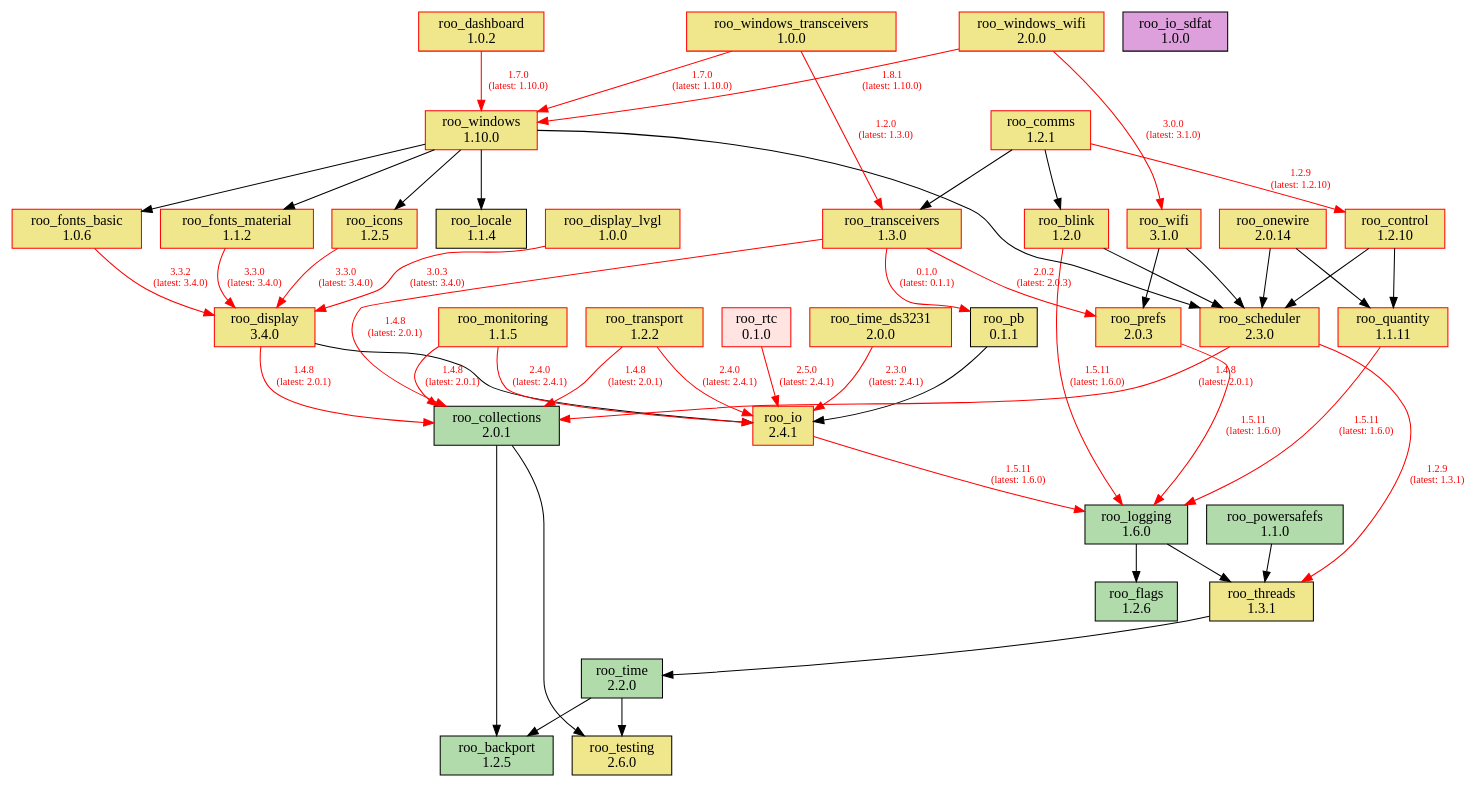
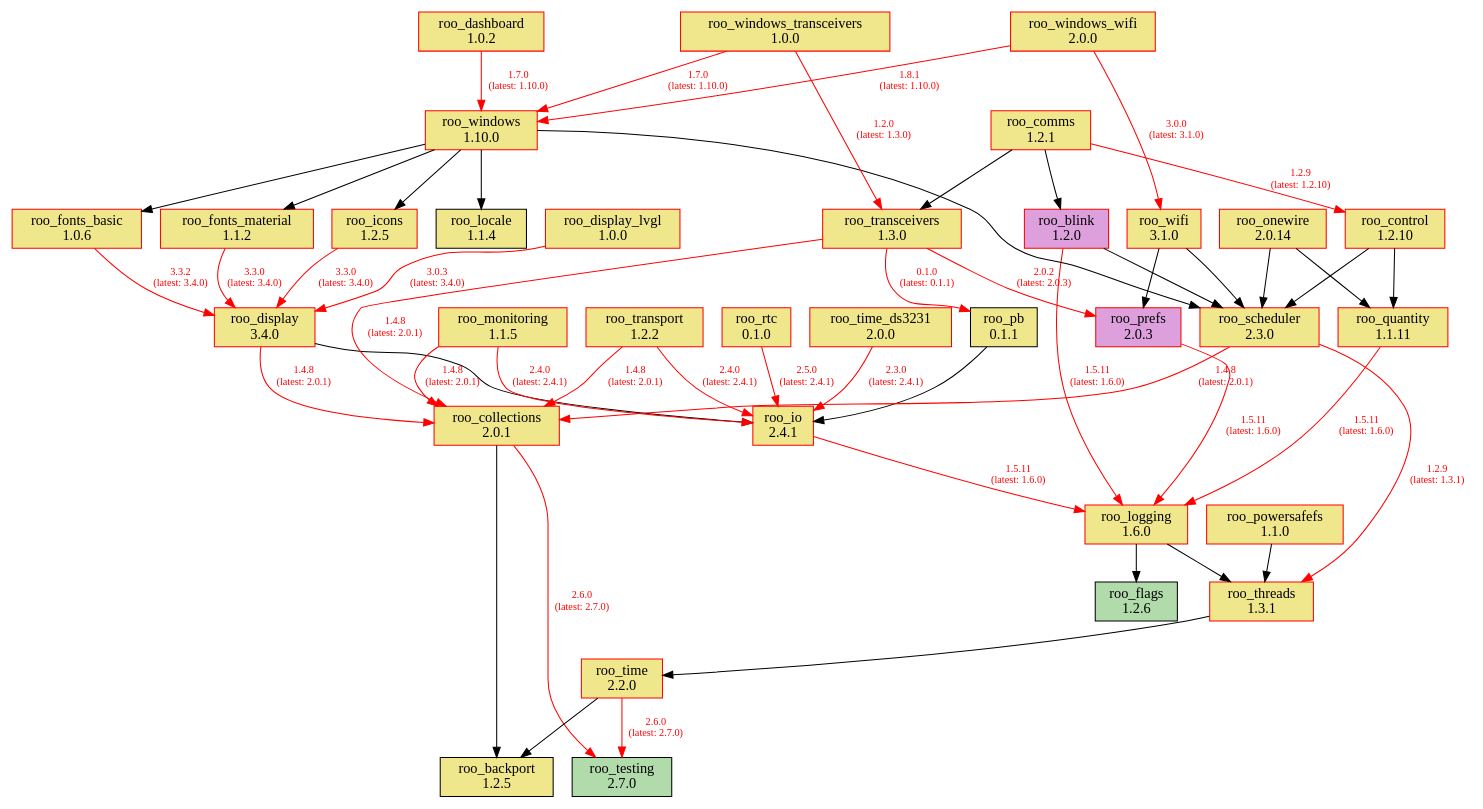
Before and after one commit to dejwk/roo-registry: the diagram in doc/dependencies.dot, drawn with Graphviz. The commit also changed 3 other files, not shown here.

Commit message:
Added roo_testing 2.7.0 to the registry.

```diff
--- a/doc/dependencies.dot
+++ b/doc/dependencies.dot
@@ -1,93 +1,92 @@
 digraph dependencies {
     rankdir=TB;
     node [shape=box, style=filled];
     edge [fontsize=10];
 
     // Modules
-    "roo_backport" [label="roo_backport\n1.2.5", fillcolor="#b1dbab", color="black"];
-    "roo_blink" [label="roo_blink\n1.2.0", fillcolor="khaki", color="red"];
-    "roo_collections" [label="roo_collections\n2.0.1", fillcolor="#b1dbab", color="black"];
+    "roo_backport" [label="roo_backport\n1.2.5", fillcolor="khaki", color="black"];
+    "roo_blink" [label="roo_blink\n1.2.0", fillcolor="plum", color="red"];
+    "roo_collections" [label="roo_collections\n2.0.1", fillcolor="khaki", color="red"];
     "roo_comms" [label="roo_comms\n1.2.1", fillcolor="khaki", color="red"];
     "roo_control" [label="roo_control\n1.2.10", fillcolor="khaki", color="red"];
     "roo_dashboard" [label="roo_dashboard\n1.0.2", fillcolor="khaki", color="red"];
     "roo_display" [label="roo_display\n3.4.0", fillcolor="khaki", color="red"];
     "roo_display_lvgl" [label="roo_display_lvgl\n1.0.0", fillcolor="khaki", color="red"];
     "roo_flags" [label="roo_flags\n1.2.6", fillcolor="#b1dbab", color="black"];
     "roo_fonts_basic" [label="roo_fonts_basic\n1.0.6", fillcolor="khaki", color="red"];
     "roo_fonts_material" [label="roo_fonts_material\n1.1.2", fillcolor="khaki", color="red"];
     "roo_icons" [label="roo_icons\n1.2.5", fillcolor="khaki", color="red"];
     "roo_io" [label="roo_io\n2.4.1", fillcolor="khaki", color="red"];
-    "roo_io_sdfat" [label="roo_io_sdfat\n1.0.0", fillcolor="plum", color="black"];
     "roo_locale" [label="roo_locale\n1.1.4", fillcolor="khaki", color="black"];
-    "roo_logging" [label="roo_logging\n1.6.0", fillcolor="#b1dbab", color="black"];
+    "roo_logging" [label="roo_logging\n1.6.0", fillcolor="khaki", color="red"];
     "roo_monitoring" [label="roo_monitoring\n1.1.5", fillcolor="khaki", color="red"];
     "roo_onewire" [label="roo_onewire\n2.0.14", fillcolor="khaki", color="red"];
     "roo_pb" [label="roo_pb\n0.1.1", fillcolor="khaki", color="black"];
-    "roo_powersafefs" [label="roo_powersafefs\n1.1.0", fillcolor="#b1dbab", color="black"];
-    "roo_prefs" [label="roo_prefs\n2.0.3", fillcolor="khaki", color="red"];
+    "roo_powersafefs" [label="roo_powersafefs\n1.1.0", fillcolor="khaki", color="red"];
+    "roo_prefs" [label="roo_prefs\n2.0.3", fillcolor="plum", color="red"];
     "roo_quantity" [label="roo_quantity\n1.1.11", fillcolor="khaki", color="red"];
-    "roo_rtc" [label="roo_rtc\n0.1.0", fillcolor="mistyrose", color="red"];
+    "roo_rtc" [label="roo_rtc\n0.1.0", fillcolor="khaki", color="red"];
     "roo_scheduler" [label="roo_scheduler\n2.3.0", fillcolor="khaki", color="red"];
-    "roo_testing" [label="roo_testing\n2.6.0", fillcolor="khaki", color="black"];
-    "roo_threads" [label="roo_threads\n1.3.1", fillcolor="khaki", color="black"];
-    "roo_time" [label="roo_time\n2.2.0", fillcolor="#b1dbab", color="black"];
+    "roo_testing" [label="roo_testing\n2.7.0", fillcolor="#b1dbab", color="black"];
+    "roo_threads" [label="roo_threads\n1.3.1", fillcolor="khaki", color="red"];
+    "roo_time" [label="roo_time\n2.2.0", fillcolor="khaki", color="red"];
     "roo_time_ds3231" [label="roo_time_ds3231\n2.0.0", fillcolor="khaki", color="red"];
     "roo_transceivers" [label="roo_transceivers\n1.3.0", fillcolor="khaki", color="red"];
     "roo_transport" [label="roo_transport\n1.2.2", fillcolor="khaki", color="red"];
     "roo_wifi" [label="roo_wifi\n3.1.0", fillcolor="khaki", color="red"];
     "roo_windows" [label="roo_windows\n1.10.0", fillcolor="khaki", color="red"];
     "roo_windows_transceivers" [label="roo_windows_transceivers\n1.0.0", fillcolor="khaki", color="red"];
     "roo_windows_wifi" [label="roo_windows_wifi\n2.0.0", fillcolor="khaki", color="red"];
 
     // Dependencies
     "roo_blink" -> "roo_logging" [color=red, fontcolor=red, label="1.5.11\n(latest: 1.6.0)"];
     "roo_blink" -> "roo_scheduler";
-    "roo_collections" -> "roo_testing";
+    "roo_collections" -> "roo_testing" [color=red, fontcolor=red, label="2.6.0\n(latest: 2.7.0)"];
     "roo_collections" -> "roo_backport";
     "roo_comms" -> "roo_blink";
     "roo_comms" -> "roo_control" [color=red, fontcolor=red, label="1.2.9\n(latest: 1.2.10)"];
     "roo_comms" -> "roo_transceivers";
     "roo_control" -> "roo_quantity";
     "roo_control" -> "roo_scheduler";
     "roo_dashboard" -> "roo_windows" [color=red, fontcolor=red, label="1.7.0\n(latest: 1.10.0)"];
     "roo_display" -> "roo_collections" [color=red, fontcolor=red, label="1.4.8\n(latest: 2.0.1)"];
     "roo_display" -> "roo_io";
     "roo_display_lvgl" -> "roo_display" [color=red, fontcolor=red, label="3.0.3\n(latest: 3.4.0)"];
     "roo_fonts_basic" -> "roo_display" [color=red, fontcolor=red, label="3.3.2\n(latest: 3.4.0)"];
     "roo_fonts_material" -> "roo_display" [color=red, fontcolor=red, label="3.3.0\n(latest: 3.4.0)"];
     "roo_icons" -> "roo_display" [color=red, fontcolor=red, label="3.3.0\n(latest: 3.4.0)"];
     "roo_io" -> "roo_logging" [color=red, fontcolor=red, label="1.5.11\n(latest: 1.6.0)"];
     "roo_logging" -> "roo_flags";
     "roo_logging" -> "roo_threads";
     "roo_monitoring" -> "roo_collections" [color=red, fontcolor=red, label="1.4.8\n(latest: 2.0.1)"];
     "roo_monitoring" -> "roo_io" [color=red, fontcolor=red, label="2.4.0\n(latest: 2.4.1)"];
     "roo_onewire" -> "roo_scheduler";
     "roo_onewire" -> "roo_quantity";
     "roo_pb" -> "roo_io";
     "roo_powersafefs" -> "roo_threads";
     "roo_prefs" -> "roo_logging" [color=red, fontcolor=red, label="1.5.11\n(latest: 1.6.0)"];
     "roo_quantity" -> "roo_logging" [color=red, fontcolor=red, label="1.5.11\n(latest: 1.6.0)"];
     "roo_rtc" -> "roo_io" [color=red, fontcolor=red, label="2.5.0\n(latest: 2.4.1)"];
     "roo_scheduler" -> "roo_collections" [color=red, fontcolor=red, label="1.4.8\n(latest: 2.0.1)"];
     "roo_scheduler" -> "roo_threads" [color=red, fontcolor=red, label="1.2.9\n(latest: 1.3.1)"];
     "roo_threads" -> "roo_time";
-    "roo_time" -> "roo_testing";
+    "roo_time" -> "roo_testing" [color=red, fontcolor=red, label="2.6.0\n(latest: 2.7.0)"];
     "roo_time" -> "roo_backport";
     "roo_time_ds3231" -> "roo_io" [color=red, fontcolor=red, label="2.3.0\n(latest: 2.4.1)"];
     "roo_transceivers" -> "roo_pb" [color=red, fontcolor=red, label="0.1.0\n(latest: 0.1.1)"];
     "roo_transceivers" -> "roo_collections" [color=red, fontcolor=red, label="1.4.8\n(latest: 2.0.1)"];
     "roo_transceivers" -> "roo_prefs" [color=red, fontcolor=red, label="2.0.2\n(latest: 2.0.3)"];
     "roo_transport" -> "roo_collections" [color=red, fontcolor=red, label="1.4.8\n(latest: 2.0.1)"];
     "roo_transport" -> "roo_io" [color=red, fontcolor=red, label="2.4.0\n(latest: 2.4.1)"];
     "roo_wifi" -> "roo_prefs";
     "roo_wifi" -> "roo_scheduler";
     "roo_windows" -> "roo_fonts_basic";
     "roo_windows" -> "roo_fonts_material";
     "roo_windows" -> "roo_locale";
     "roo_windows" -> "roo_icons";
     "roo_windows" -> "roo_scheduler";
     "roo_windows_transceivers" -> "roo_transceivers" [color=red, fontcolor=red, label="1.2.0\n(latest: 1.3.0)"];
     "roo_windows_transceivers" -> "roo_windows" [color=red, fontcolor=red, label="1.7.0\n(latest: 1.10.0)"];
     "roo_windows_wifi" -> "roo_wifi" [color=red, fontcolor=red, label="3.0.0\n(latest: 3.1.0)"];
     "roo_windows_wifi" -> "roo_windows" [color=red, fontcolor=red, label="1.8.1\n(latest: 1.10.0)"];
 }
```
